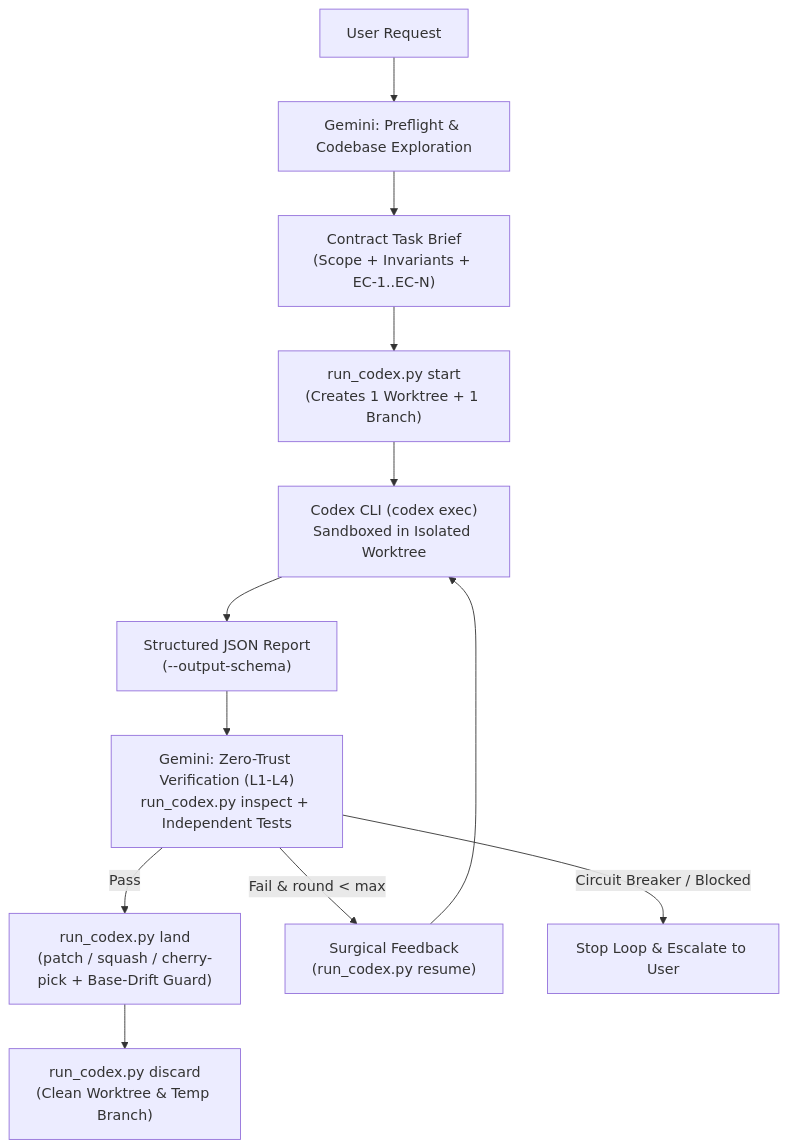
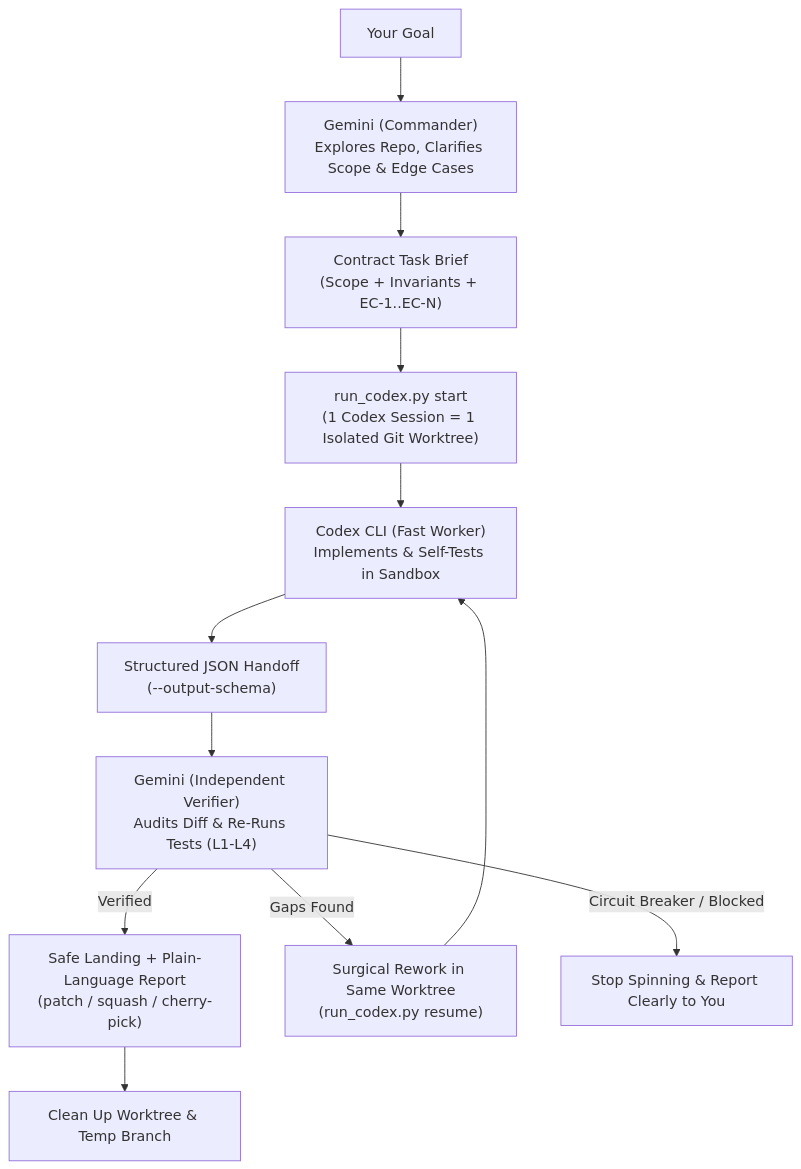
The diagram in README.md (riverLaugh/castor-pollux), drawn with Mermaid before and after one commit. The commit also changed other lines of this file and 2 other files, not shown here.

Commit message:
docs: sharpen About and README positioning around Gemini leads, Codex ships

````diff
--- a/README.md
+++ b/README.md
@@ -37,14 +41,14 @@
 ```mermaid
 flowchart TD
-    U[User Request] --> G1[Gemini: Preflight & Codebase Exploration]
+    U[Your Goal] --> G1["Gemini (Commander)<br/>Explores Repo, Clarifies Scope & Edge Cases"]
     G1 --> B["Contract Task Brief<br/>(Scope + Invariants + EC-1..EC-N)"]
-    B --> S["run_codex.py start<br/>(Creates 1 Worktree + 1 Branch)"]
-    S --> C["Codex CLI (codex exec)<br/>Sandboxed in Isolated Worktree"]
-    C --> R["Structured JSON Report<br/>(--output-schema)"]
-    R --> V["Gemini: Zero-Trust Verification (L1-L4)<br/>run_codex.py inspect + Independent Tests"]
-    V -->|Pass| L["run_codex.py land<br/>(patch / squash / cherry-pick + Base-Drift Guard)"]
-    L --> D["run_codex.py discard<br/>(Clean Worktree & Temp Branch)"]
-    V -->|Fail & round < max| FB["Surgical Feedback<br/>(run_codex.py resume)"]
+    B --> S["run_codex.py start<br/>(1 Codex Session = 1 Isolated Git Worktree)"]
+    S --> C["Codex CLI (Fast Worker)<br/>Implements & Self-Tests in Sandbox"]
+    C --> R["Structured JSON Handoff<br/>(--output-schema)"]
+    R --> V["Gemini (Independent Verifier)<br/>Audits Diff & Re-Runs Tests (L1-L4)"]
+    V -->|Verified| L["Safe Landing + Plain-Language Report<br/>(patch / squash / cherry-pick)"]
+    L --> D["Clean Up Worktree & Temp Branch"]
+    V -->|Gaps Found| FB["Surgical Rework in Same Worktree<br/>(run_codex.py resume)"]
     FB --> C
-    V -->|Circuit Breaker / Blocked| ESC[Stop Loop & Escalate to User]
+    V -->|Circuit Breaker / Blocked| ESC["Stop Spinning & Report Clearly to You"]
 ```
````
